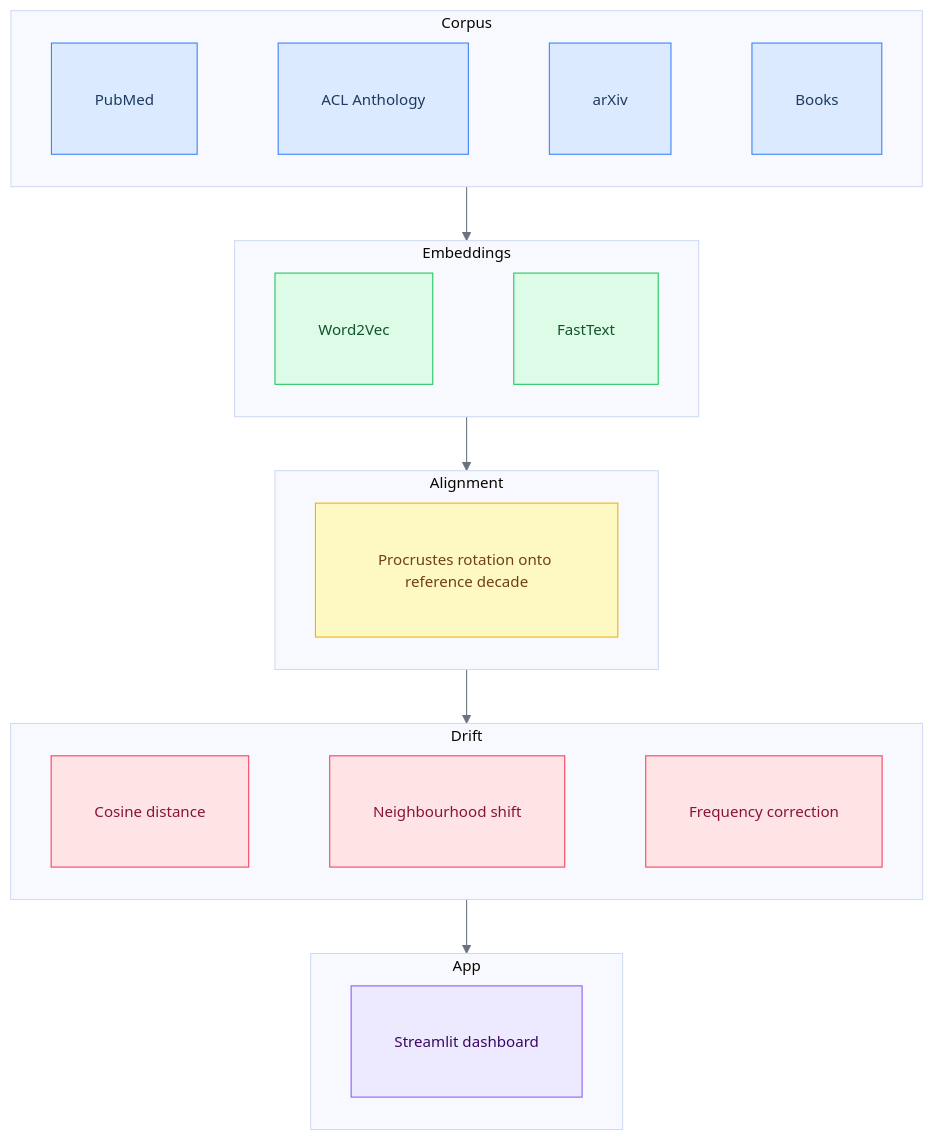
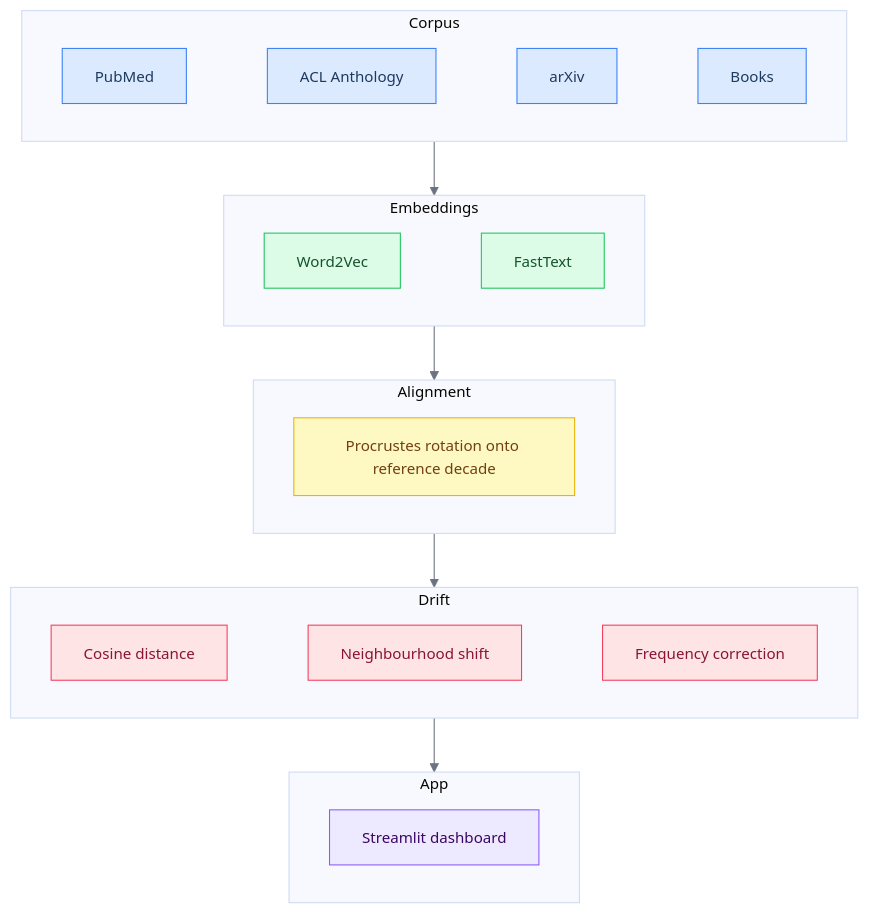
Before and after one commit to Dovalization/interpretant: the diagram in README.md, drawn with Mermaid.

Commit message:
docs(readme): revert padding changes

````diff
--- a/README.md
+++ b/README.md
@@ -52,42 +52,42 @@
 ```mermaid
-%%{init: {'theme': 'base', 'themeVariables': {'fontSize': '14px', 'lineColor': '#6b7280', 'edgeLabelBackground': '#ffffff'}, 'flowchart': {'padding': 20, 'nodeSpacing': 40, 'rankSpacing': 50}}}%%
+%%{init: {'theme': 'base', 'themeVariables': {'fontSize': '14px', 'lineColor': '#6b7280', 'edgeLabelBackground': '#ffffff'}}}%%
 flowchart TD
-    classDef corpus  fill:#dbeafe,stroke:#3b82f6,color:#1e3a5f,padding:8px
-    classDef embed   fill:#dcfce7,stroke:#22c55e,color:#14532d,padding:8px
-    classDef align   fill:#fef9c3,stroke:#eab308,color:#713f12,padding:8px
-    classDef drift   fill:#ffe4e6,stroke:#f43f5e,color:#881337,padding:8px
-    classDef app     fill:#ede9fe,stroke:#8b5cf6,color:#3b0764,padding:8px
+    classDef corpus  fill:#dbeafe,stroke:#3b82f6,color:#1e3a5f
+    classDef embed   fill:#dcfce7,stroke:#22c55e,color:#14532d
+    classDef align   fill:#fef9c3,stroke:#eab308,color:#713f12
+    classDef drift   fill:#ffe4e6,stroke:#f43f5e,color:#881337
+    classDef app     fill:#ede9fe,stroke:#8b5cf6,color:#3b0764
 
     subgraph corpus["Corpus"]
         direction LR
         C1[PubMed] ~~~ C2[ACL Anthology] ~~~ C3[arXiv] ~~~ C4[Books]
     end
 
     subgraph embed["Embeddings"]
         direction LR
         E1[Word2Vec] ~~~ E2[FastText]
     end
 
     subgraph align["Alignment"]
         direction LR
         A1[Procrustes rotation onto reference decade]
     end
 
     subgraph drift["Drift"]
         direction LR
         D1[Cosine distance] ~~~ D2[Neighbourhood shift] ~~~ D3[Frequency correction]
     end
 
     subgraph app["App"]
         direction LR
         P1[Streamlit dashboard]
     end
 
     corpus --> embed --> align --> drift --> app
 
     class C1,C2,C3,C4 corpus
     class E1,E2 embed
     class A1 align
     class D1,D2,D3 drift
     class P1 app
 ```
````
